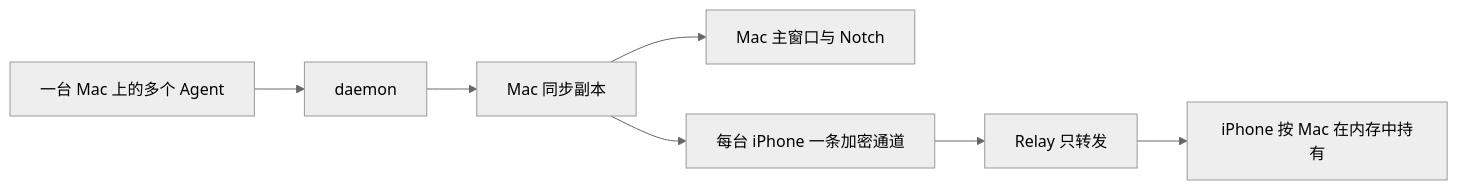
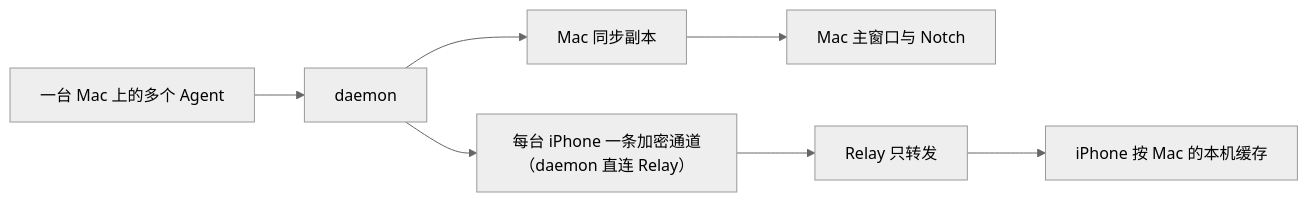
Before and after one commit to AFutureD/Lumi: the diagram in docs/feat/data-flows.md, drawn with Mermaid (neutral theme). The commit also changed other lines of this file and 11 other files, not shown here.

First line of the commit message:
docs: daemon-hosted Relay, iPhone cache and index-first sync

````diff
--- a/docs/feat/data-flows.md
+++ b/docs/feat/data-flows.md
@@ -9,9 +9,9 @@
 ```mermaid
 flowchart LR
     A["一台 Mac 上的多个 Agent"] --> B["daemon"]
     B --> C["Mac 同步副本"]
     C --> D["Mac 主窗口与 Notch"]
-    C --> E["每台 iPhone 一条加密通道"]
+    B --> E["每台 iPhone 一条加密通道（daemon 直连 Relay）"]
     E --> F["Relay 只转发"]
-    F --> G["iPhone 按 Mac 在内存中持有"]
+    F --> G["iPhone 按 Mac 的本机缓存"]
 ```
````
